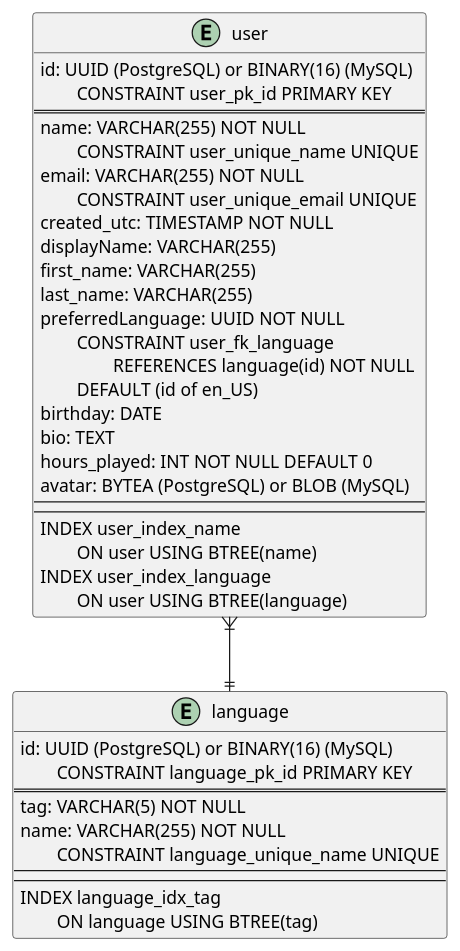
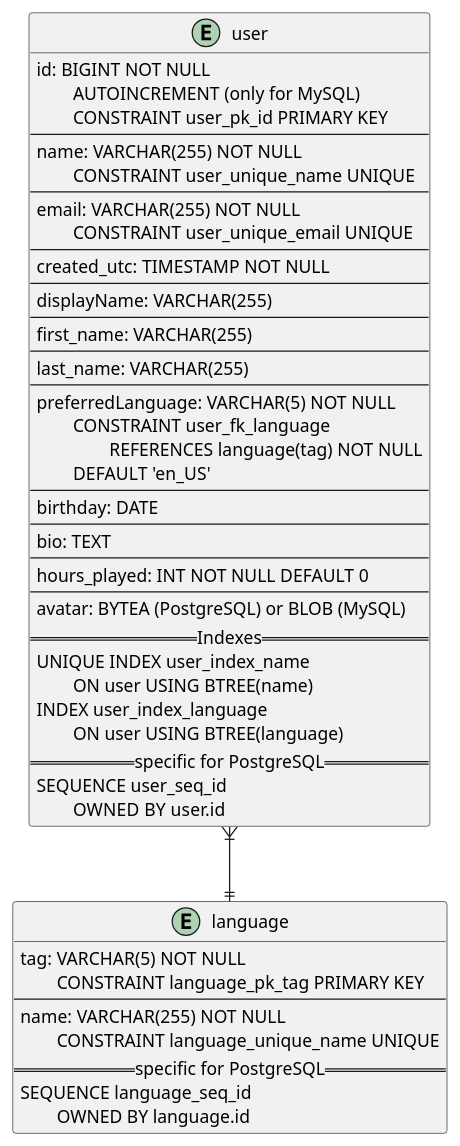
Before and after one commit to turing85/untitled-rpg-webapp: the diagram in doc/datamodel/ERD.puml, drawn with PlantUML. The commit also changed 1 other file, not shown here.

```diff
--- a/doc/datamodel/ERD.puml
+++ b/doc/datamodel/ERD.puml
@@ -1,46 +1,57 @@
 @startuml
 
 entity user {
-    id: UUID (PostgreSQL) or BINARY(16) (MySQL)
+    id: BIGINT NOT NULL
+    \tAUTOINCREMENT (only for MySQL)
     \tCONSTRAINT user_pk_id PRIMARY KEY
-    ===
+    --
     name: VARCHAR(255) NOT NULL
     \tCONSTRAINT user_unique_name UNIQUE
+    --
     email: VARCHAR(255) NOT NULL
     \tCONSTRAINT user_unique_email UNIQUE
+    --
     created_utc: TIMESTAMP NOT NULL
+    --
     displayName: VARCHAR(255)
+    --
     first_name: VARCHAR(255)
+    --
     last_name: VARCHAR(255)
-    preferredLanguage: UUID NOT NULL
+    --
+    preferredLanguage: VARCHAR(5) NOT NULL
     \tCONSTRAINT user_fk_language
-    \t\tREFERENCES language(id) NOT NULL
-    \tDEFAULT (id of en_US)
+    \t\tREFERENCES language(tag) NOT NULL
+    \tDEFAULT 'en_US'
+    --
     birthday: DATE
+    --
     bio: TEXT
+    --
     hours_played: INT NOT NULL DEFAULT 0
+    --
     avatar: BYTEA (PostgreSQL) or BLOB (MySQL)
-    ---
-    ---
-    INDEX user_index_name
+    == Indexes ==
+    UNIQUE INDEX user_index_name
     \tON user USING BTREE(name)
     INDEX user_index_language
     \tON user USING BTREE(language)
+    == specific for PostgreSQL ==
+    SEQUENCE user_seq_id
+    \tOWNED BY user.id
 }
 
 entity language {
-    id: UUID (PostgreSQL) or BINARY(16) (MySQL)
-    \tCONSTRAINT language_pk_id PRIMARY KEY
-    ==
     tag: VARCHAR(5) NOT NULL
+    \tCONSTRAINT language_pk_tag PRIMARY KEY
+    --
     name: VARCHAR(255) NOT NULL
     \tCONSTRAINT language_unique_name UNIQUE
-    ---
-    ---
-    INDEX language_idx_tag
-    \tON language USING BTREE(tag)
+    == specific for PostgreSQL ==
+    SEQUENCE language_seq_id
+    \tOWNED BY language.id
 }
 
 user }|--|| language
 
 @enduml
```
